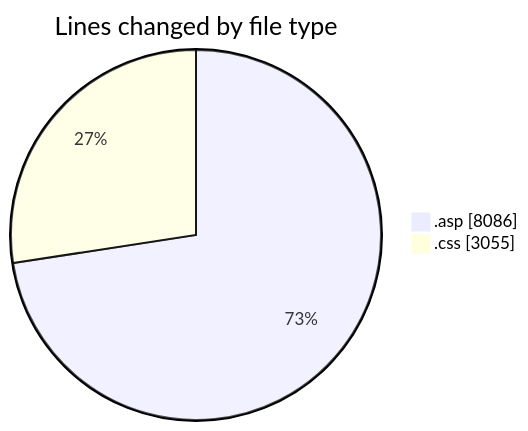
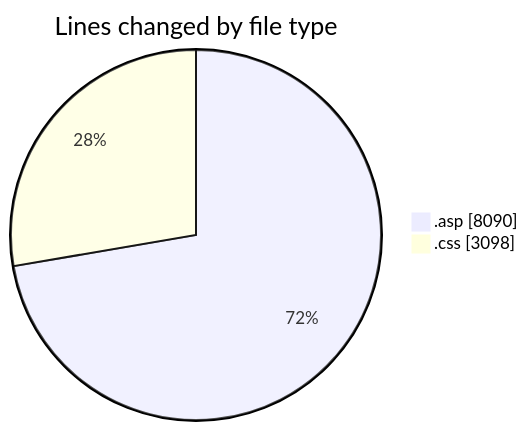
Before and after one commit to julien-gomy/code-tracking: the first of 2 diagrams in 2025-11-15/cdp_aleoudev_fr__workspace_/README.md, drawn with Mermaid. The commit also changed other lines of this file and 1 other file, not shown here.

````diff
--- a/2025-11-15/cdp_aleoudev_fr__workspace_/README.md
+++ b/2025-11-15/cdp_aleoudev_fr__workspace_/README.md
@@ -33,6 +33,6 @@
 ```mermaid
 pie showData
 title Lines changed by file type
-".asp" : 8086
-".css" : 3055
+".asp" : 8090
+".css" : 3098
 ```
````
